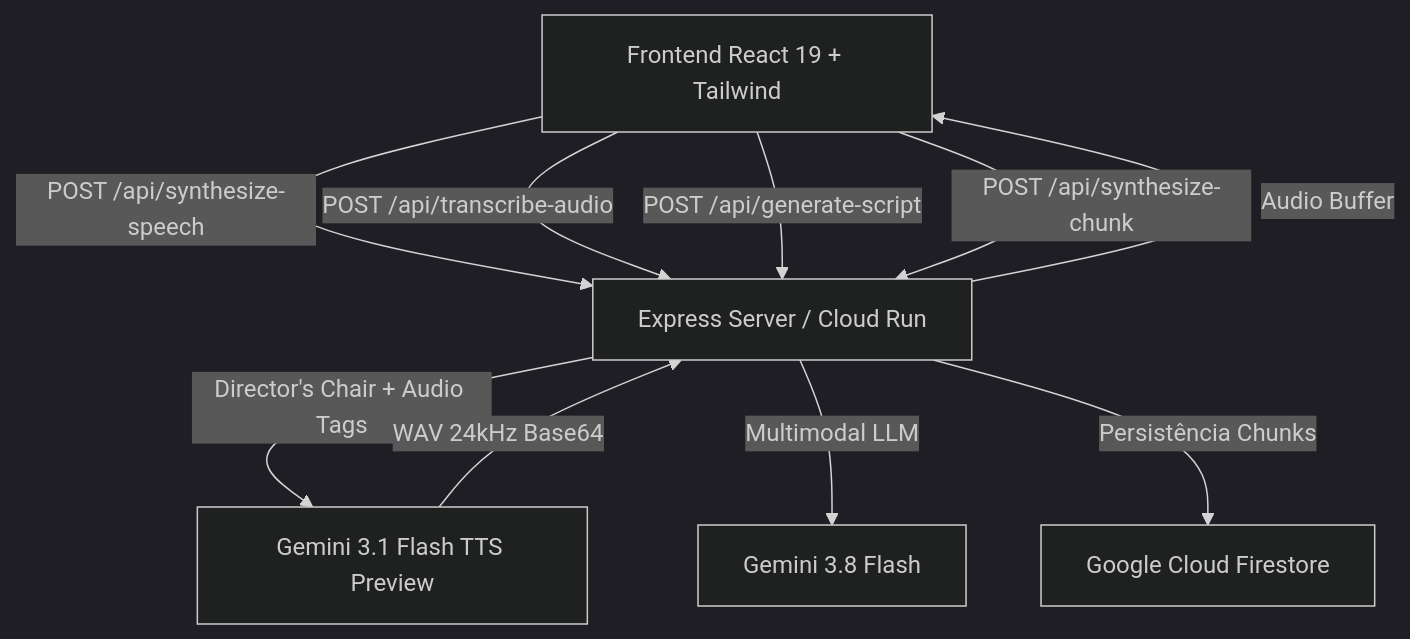
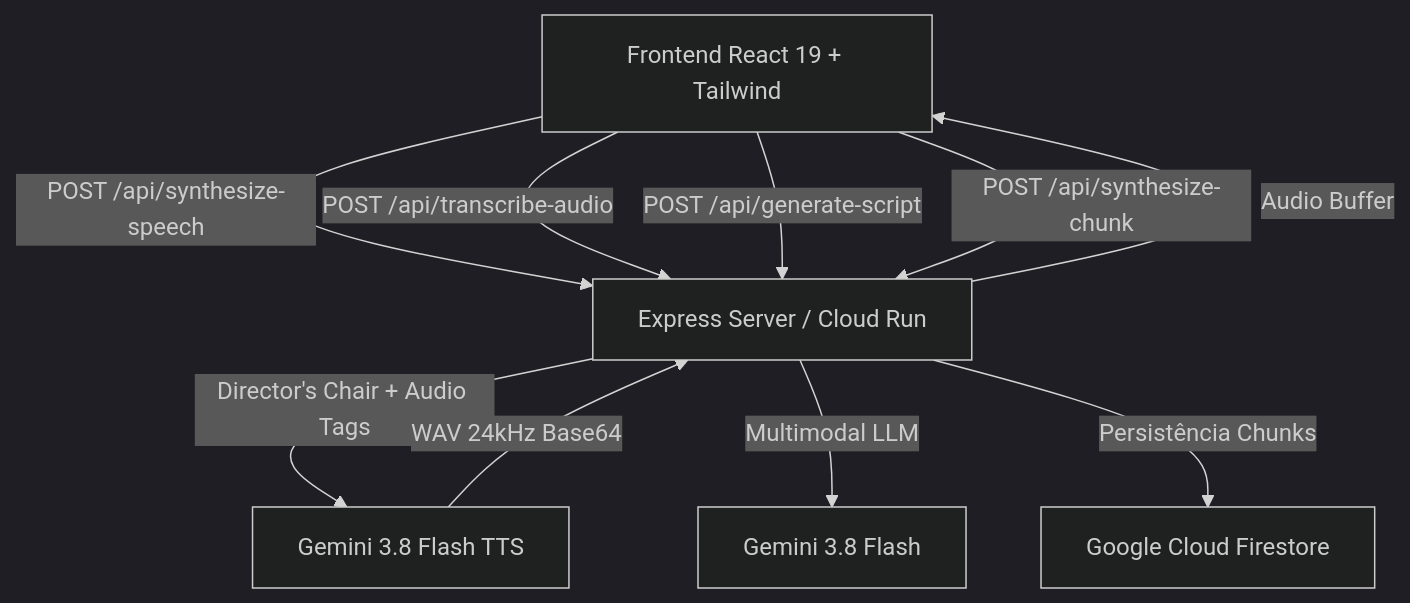
Before and after one commit to melkidonadonmed-lgtm/mytts: the diagram in README.md, drawn with Mermaid (dark theme). The commit also changed other lines of this file and 34 other files, not shown here.

````diff
--- a/README.md
+++ b/README.md
@@ -35,14 +35,14 @@
 ```mermaid
 graph TD
     Client[Frontend React 19 + Tailwind] -->|POST /api/synthesize-speech| Server[Express Server / Cloud Run]
     Client -->|POST /api/transcribe-audio| Server
     Client -->|POST /api/generate-script| Server
     Client -->|POST /api/synthesize-chunk| Server
     
-    Server -->|Director's Chair + Audio Tags| GeminiTTS[Gemini 3.1 Flash TTS Preview]
+    Server -->|Director's Chair + Audio Tags| GeminiTTS[Gemini 3.8 Flash TTS]
     Server -->|Multimodal LLM| GeminiFlash[Gemini 3.8 Flash]
     Server -->|Persistência Chunks| Firestore[Google Cloud Firestore]
     
     GeminiTTS -->|WAV 24kHz Base64| Server
     Server -->|Audio Buffer| Client
 ```
````
